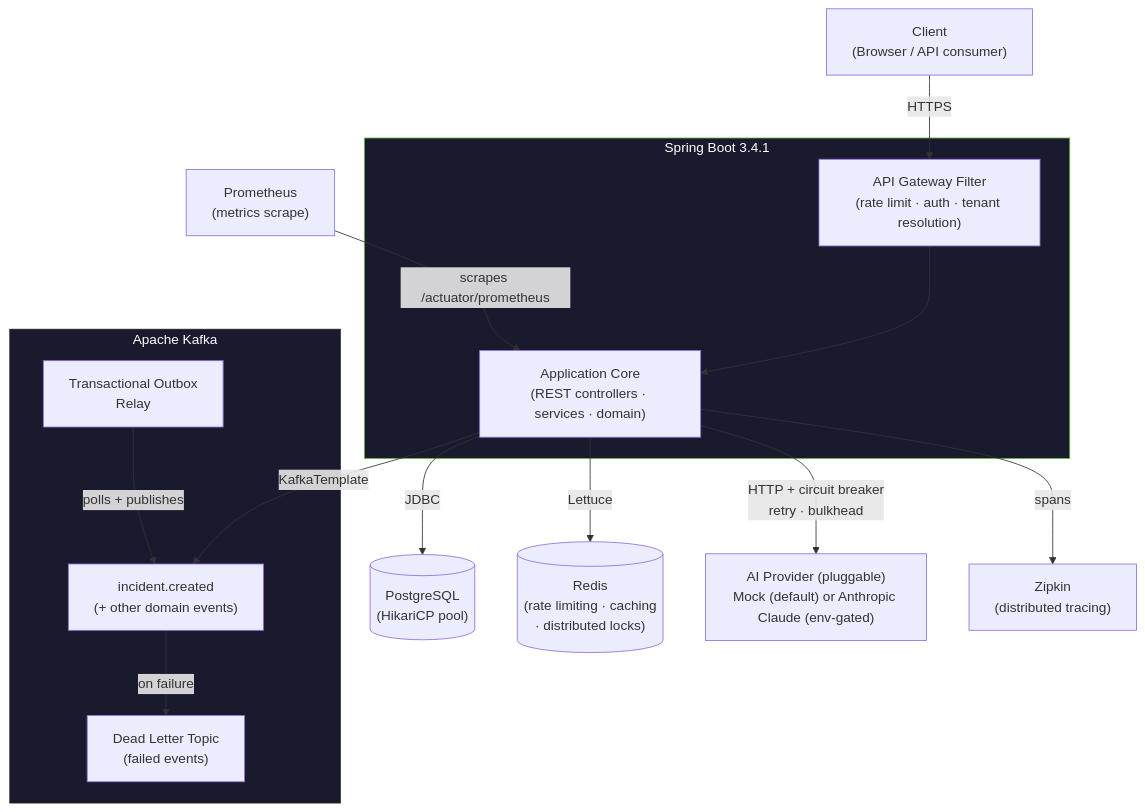
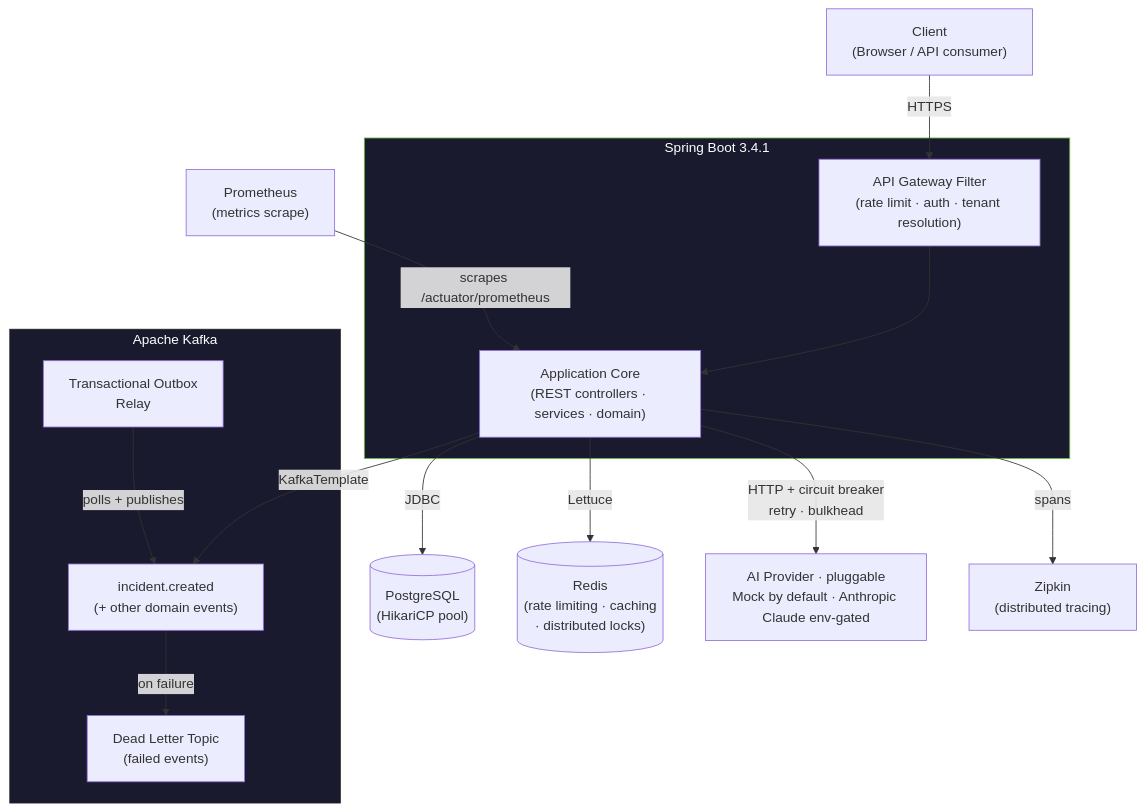
Before and after one commit to akhilleusn/aetherops: the diagram in README.md, drawn with Mermaid.

Commit message:
fix: repair broken Mermaid diagram syntax in README

````diff
--- a/README.md
+++ b/README.md
@@ -37,36 +37,36 @@
 ```mermaid
 flowchart TD
     Client["Client\n(Browser / API consumer)"]
 
     subgraph app["Spring Boot 3.4.1"]
         GW["API Gateway Filter\n(rate limit · auth · tenant resolution)"]
         Core["Application Core\n(REST controllers · services · domain)"]
     end
 
     PG[("PostgreSQL\n(HikariCP pool)")]
     Redis[("Redis\n(rate limiting · caching\n· distributed locks)")]
 
     subgraph kafka["Apache Kafka"]
         Topic["incident.created\n(+ other domain events)"]
         DLQ["Dead Letter Topic\n(failed events)"]
         Outbox["Transactional Outbox\nRelay"]
     end
 
-    AI["AI Provider (pluggable)\nMock (default) or Anthropic Claude (env-gated)"]
+    AI["AI Provider · pluggable\nMock by default · Anthropic Claude env-gated"]
     Zipkin["Zipkin\n(distributed tracing)"]
     Prometheus["Prometheus\n(metrics scrape)"]
 
     Client -->|HTTPS| GW
     GW --> Core
     Core -->|JDBC| PG
     Core -->|Lettuce| Redis
     Core -->|KafkaTemplate| Topic
     Topic -->|on failure| DLQ
     Outbox -->|polls + publishes| Topic
     Core -->|HTTP + circuit breaker\nretry · bulkhead| AI
     Core -->|spans| Zipkin
     Prometheus -->|scrapes /actuator/prometheus| Core
 
     style app fill:#1a1a2e,stroke:#6DB33F,color:#fff
     style kafka fill:#1a1a2e,stroke:#231F20,color:#fff
 ```
````
